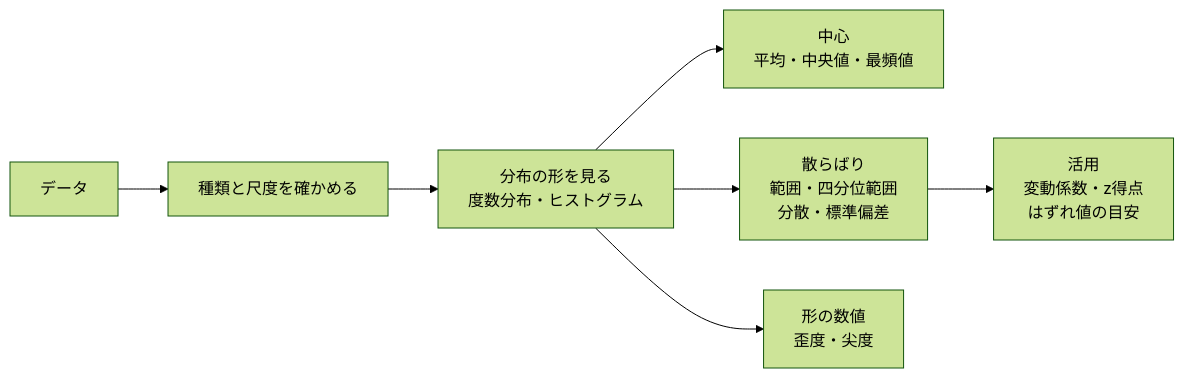
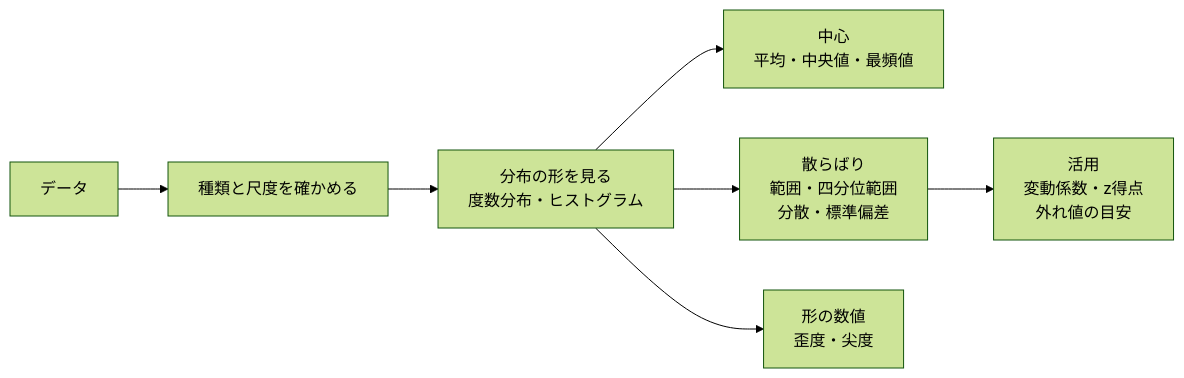
One commit to SanghunIm1991/statistics-certification-study changed the diagram in docs/step1-1_univariate.md. Above: the diagram before and after it, drawn with Mermaid (forest theme). The commit also changed other lines of this file and 3 other files, not shown here.

````diff
--- a/docs/step1-1_univariate.md
+++ b/docs/step1-1_univariate.md
@@ -36,9 +38,9 @@
 ```mermaid
 flowchart LR
     A["データ"] --> B["種類と尺度を確かめる"]
     B --> C["分布の形を見る<br>度数分布・ヒストグラム"]
     C --> D["中心<br>平均・中央値・最頻値"]
     C --> E["散らばり<br>範囲・四分位範囲<br>分散・標準偏差"]
     C --> F["形の数値<br>歪度・尖度"]
-    E --> G["活用<br>変動係数・z得点<br>はずれ値の目安"]
+    E --> G["活用<br>変動係数・z得点<br>外れ値の目安"]
 ```
````
